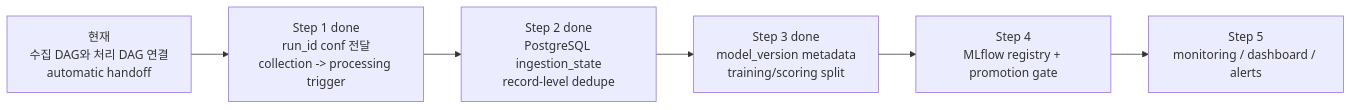
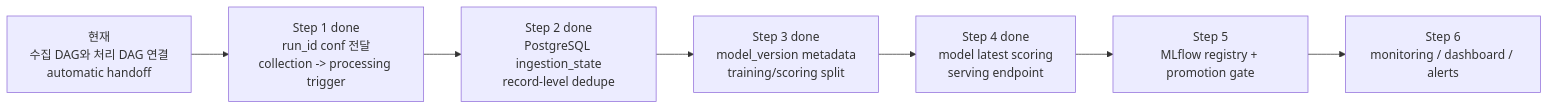
The fifth of 5 diagrams in docs/ARCHITECTURE_VISUALIZATION.md (belucent0/vehicle-recall-risk-mlops), drawn with Mermaid before and after one commit. The commit also changed other lines of this file and 15 other files, not shown here.

Commit message:
Add model-based latest risk scoring API

````diff
--- a/docs/ARCHITECTURE_VISUALIZATION.md
+++ b/docs/ARCHITECTURE_VISUALIZATION.md
@@ -294,11 +302,12 @@
 ```mermaid
 flowchart LR
     s0["현재<br/>수집 DAG와 처리 DAG 연결<br/>automatic handoff"]
     s1["Step 1 done<br/>run_id conf 전달<br/>collection -> processing trigger"]
     s2["Step 2 done<br/>PostgreSQL ingestion_state<br/>record-level dedupe"]
     s3["Step 3 done<br/>model_version metadata<br/>training/scoring split"]
-    s4["Step 4<br/>MLflow registry + promotion gate"]
-    s5["Step 5<br/>monitoring / dashboard / alerts"]
+    s4["Step 4 done<br/>model latest scoring<br/>serving endpoint"]
+    s5["Step 5<br/>MLflow registry + promotion gate"]
+    s6["Step 6<br/>monitoring / dashboard / alerts"]
 
-    s0 --> s1 --> s2 --> s3 --> s4 --> s5
+    s0 --> s1 --> s2 --> s3 --> s4 --> s5 --> s6
 ```
````
